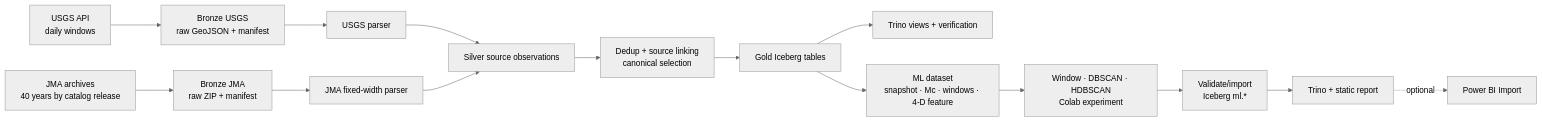
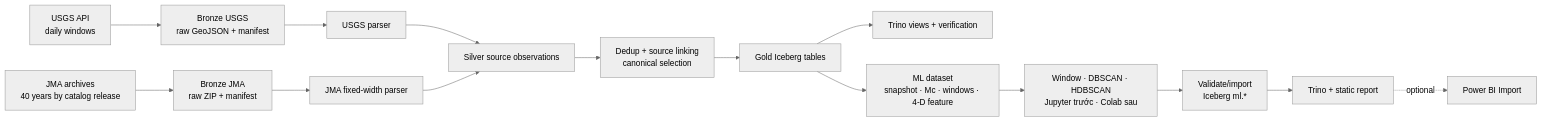
One commit to HoaiTam/japan-earthquake-etl changed the diagram in docs/task/WORK_BLOCKS.md. Above: the diagram before and after it, drawn with Mermaid (neutral theme). The commit also changed other lines of this file and 32 other files, not shown here.

````diff
--- a/docs/task/WORK_BLOCKS.md
+++ b/docs/task/WORK_BLOCKS.md
@@ -7,17 +7,17 @@
 ```mermaid
 flowchart LR
     USGS["USGS API<br/>daily windows"] --> BUSGS["Bronze USGS<br/>raw GeoJSON + manifest"]
     JMA["JMA archives<br/>40 years by catalog release"] --> BJMA["Bronze JMA<br/>raw ZIP + manifest"]
     BUSGS --> PUSGS["USGS parser"]
     BJMA --> PJMA["JMA fixed-width parser"]
     PUSGS --> OBS["Silver source observations"]
     PJMA --> OBS
     OBS --> LINK["Dedup + source linking<br/>canonical selection"]
     LINK --> GOLD["Gold Iceberg tables"]
     GOLD --> TRINO["Trino views + verification"]
     GOLD --> MLD["ML dataset<br/>snapshot · Mc · windows · 4-D feature"]
-    MLD --> EXP["Window · DBSCAN · HDBSCAN<br/>Colab experiment"]
+    MLD --> EXP["Window · DBSCAN · HDBSCAN<br/>Jupyter trước · Colab sau"]
     EXP --> MLI["Validate/import<br/>Iceberg ml.*"]
     MLI --> REPORT["Trino + static report"]
     REPORT -. "optional" .-> PBI["Power BI Import"]
 ```
````
